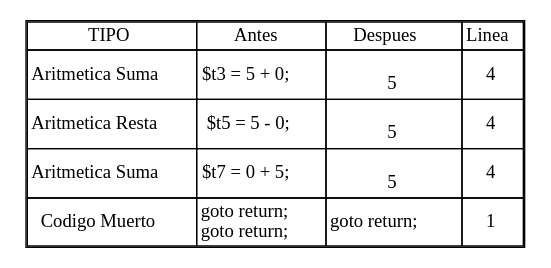
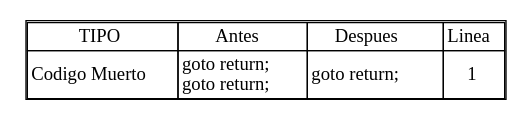
Before and after one commit to carlosE17/OLC2P2Junio2020: the diagram in reporteOptimizacion_minorC.dot, drawn with Graphviz. The commit also changed 42 other files, not shown here.

```diff
--- a/reporteOptimizacion_minorC.dot
+++ b/reporteOptimizacion_minorC.dot
@@ -1,25 +1,8 @@
 digraph {
 node0 [    shape=plaintext
     label=<
 
       <table cellspacing='0'>
       <tr><td>TIPO</td><td>Antes</td><td>Despues</td><td>Linea</td></tr>
-
-<tr><td>Aritmetica Suma</td><td>
-
-$t3 = 5 + 0;
-</td><td>
-
-<br/>5</td><td>4</td></tr>
-<tr><td>Aritmetica Resta</td><td>
-
-$t5 = 5 - 0;
-</td><td>
-
-<br/>5</td><td>4</td></tr><tr><td>Aritmetica Suma</td><td>
-
-$t7 = 0 + 5;
-</td><td>
-
-<br/>5</td><td>4</td></tr><tr><td>Codigo Muerto</td><td>goto return; <br/> goto return;</td><td> goto return; </td><td>1</td></tr>    </table>
+<tr><td>Codigo Muerto</td><td>goto return; <br/> goto return;</td><td> goto return; </td><td>1</td></tr>    </table>
 >];}
```
